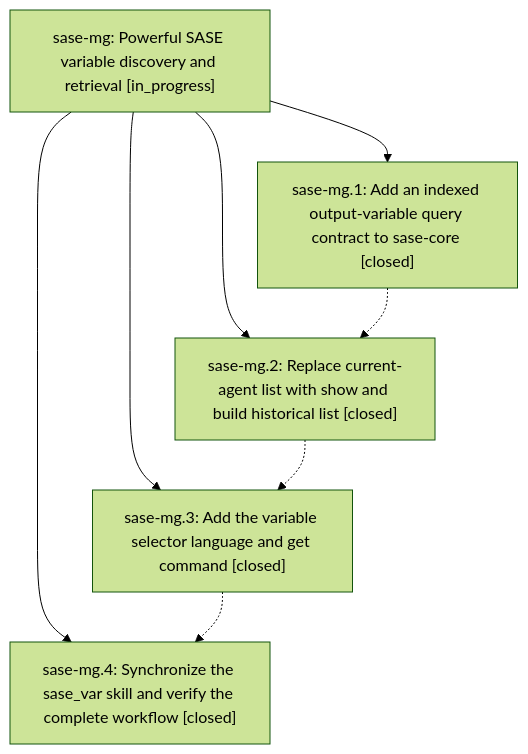
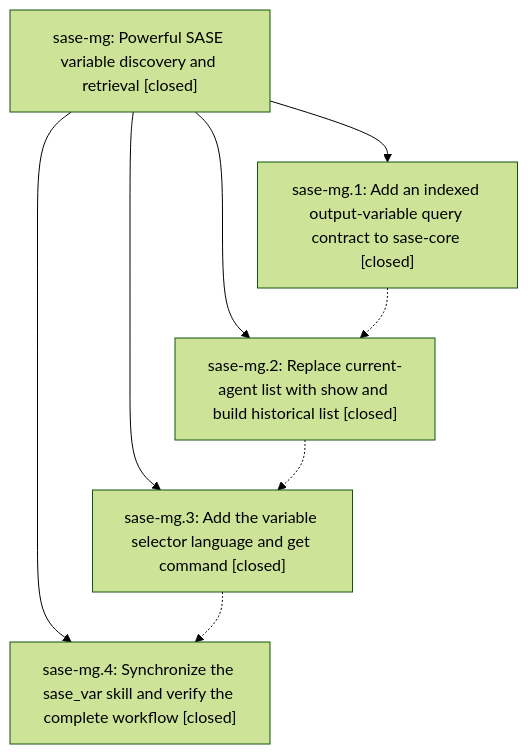
The diagram in pages/sase-mg/README.md (sase-org/sase--beads), drawn with Mermaid (forest theme) before and after one commit. The commit also changed other lines of this file, not shown here.

First line of the commit message:
chore(beads): sync bead state and pages for sase-mg

````diff
--- a/pages/sase-mg/README.md
+++ b/pages/sase-mg/README.md
@@ -25,15 +31,15 @@
 ```mermaid
 flowchart TD
-    n0["sase-mg: Powerful SASE variable discovery and retrieval [in_progress]"]
+    n0["sase-mg: Powerful SASE variable discovery and retrieval [closed]"]
     n1["sase-mg.1: Add an indexed output-variable query contract to sase-core [closed]"]
     n2["sase-mg.2: Replace current-agent list with show and build historical list [closed]"]
     n3["sase-mg.3: Add the variable selector language and get command [closed]"]
     n4["sase-mg.4: Synchronize the sase_var skill and verify the complete workflow [closed]"]
     n0 --> n1
     n0 --> n2
     n0 --> n3
     n0 --> n4
     n1 -.-> n2
     n2 -.-> n3
     n3 -.-> n4
 ```
````
